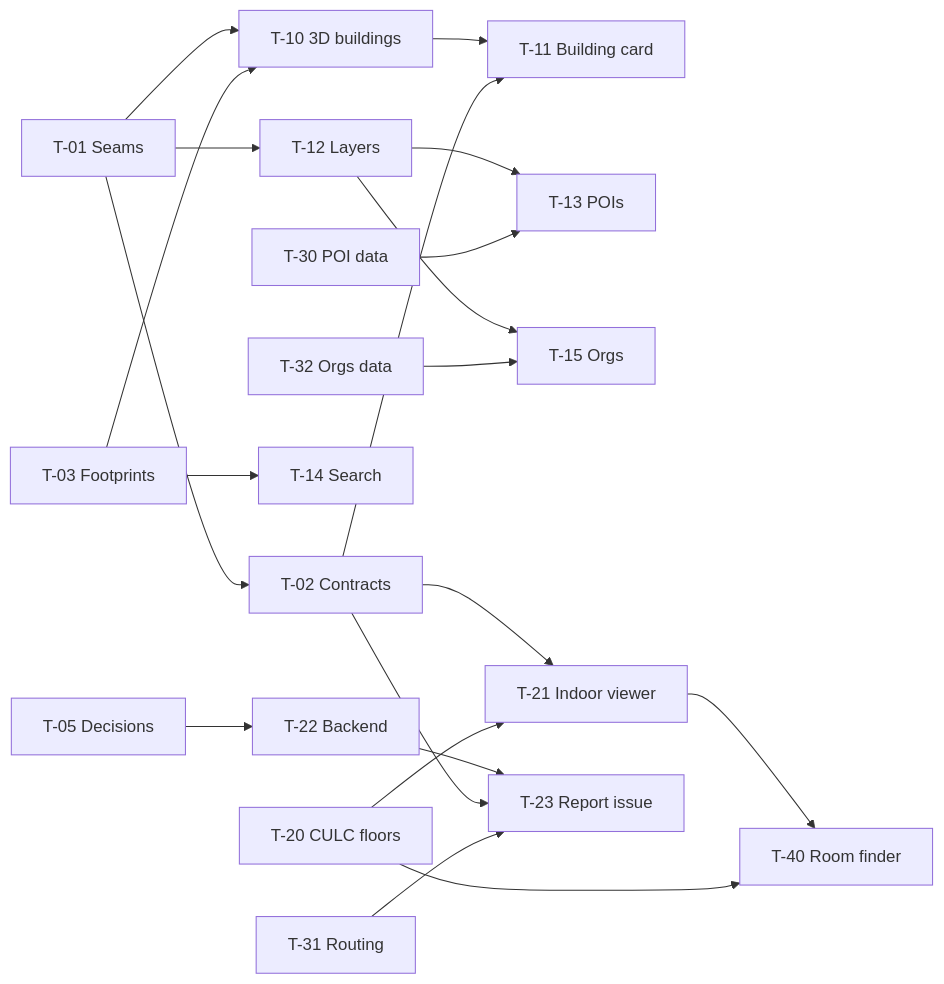
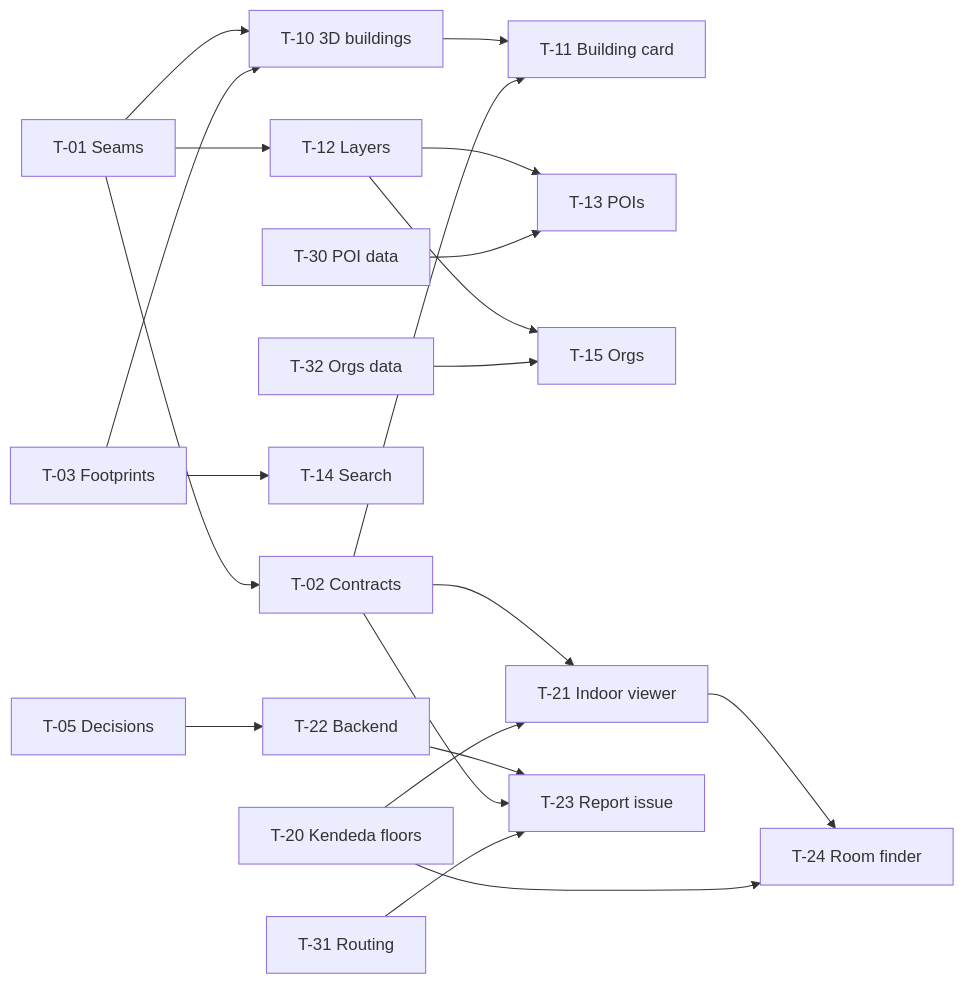
Before and after one commit to davidreinagarcia/cims: the diagram in docs/WORKPLAN.md, drawn with Mermaid. The commit also changed other lines of this file and 12 other files, not shown here.

````diff
--- a/docs/WORKPLAN.md
+++ b/docs/WORKPLAN.md
@@ -201,20 +205,20 @@
 ```mermaid
 flowchart LR
   T01[T-01 Seams] --> T02[T-02 Contracts]
   T01 --> T10[T-10 3D buildings]
   T03[T-03 Footprints] --> T10
   T10 --> T11[T-11 Building card]
   T02 --> T11
   T01 --> T12[T-12 Layers] --> T13[T-13 POIs]
   T30[T-30 POI data] --> T13
   T03 --> T14[T-14 Search]
   T12 --> T15[T-15 Orgs] 
   T32[T-32 Orgs data] --> T15
   T02 --> T21[T-21 Indoor viewer]
-  T20[T-20 CULC floors] --> T21
+  T20[T-20 Kendeda floors] --> T21
   T05[T-05 Decisions] --> T22[T-22 Backend] --> T23[T-23 Report issue]
   T02 --> T23
   T31[T-31 Routing] --> T23
-  T21 --> T40[T-40 Room finder]
-  T20 --> T40
+  T21 --> T24[T-24 Room finder]
+  T20 --> T24
 ```
````
